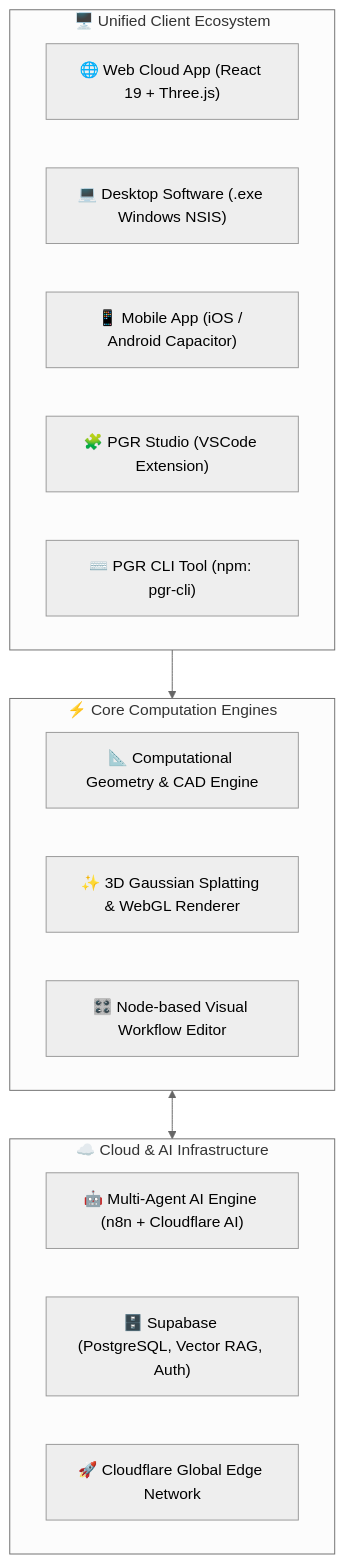
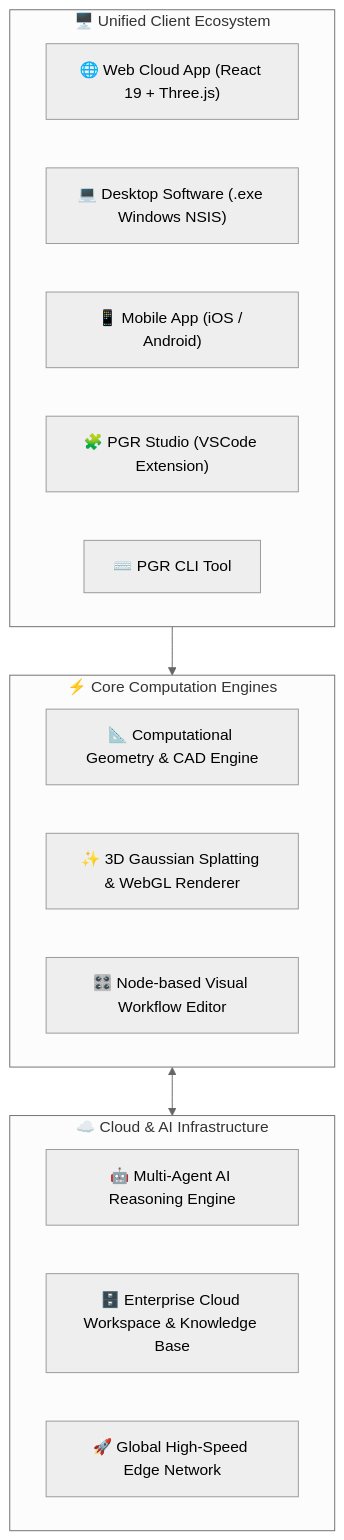
The diagram in README.md (PYGRASSREAL/PyGrassReal-Showcase), drawn with Mermaid (neutral theme) before and after one commit. The commit also changed other lines of this file and 1 other file, not shown here.

Commit message:
security: redact proprietary infrastructure stack and upstream backend engine details

````diff
--- a/README.md
+++ b/README.md
@@ -120,25 +120,25 @@
 ```mermaid
 graph TB
     subgraph Clients["🖥️ Unified Client Ecosystem"]
         Web["🌐 Web Cloud App (React 19 + Three.js)"]
         Desktop["💻 Desktop Software (.exe Windows NSIS)"]
-        Mobile["📱 Mobile App (iOS / Android Capacitor)"]
+        Mobile["📱 Mobile App (iOS / Android)"]
         IDE["🧩 PGR Studio (VSCode Extension)"]
-        CLI["⌨️ PGR CLI Tool (npm: pgr-cli)"]
+        CLI["⌨️ PGR CLI Tool"]
     end
 
     subgraph CoreEngine["⚡ Core Computation Engines"]
         CADCore["📐 Computational Geometry & CAD Engine"]
         SplatViewer["✨ 3D Gaussian Splatting & WebGL Renderer"]
         NodeWorkspace["🎛️ Node-based Visual Workflow Editor"]
     end
 
     subgraph AICloud["☁️ Cloud & AI Infrastructure"]
-        Orchestrator["🤖 Multi-Agent AI Engine (n8n + Cloudflare AI)"]
-        SupaDB["🗄️ Supabase (PostgreSQL, Vector RAG, Auth)"]
-        EdgeWorkers["🚀 Cloudflare Global Edge Network"]
+        Orchestrator["🤖 Multi-Agent AI Reasoning Engine"]
+        CloudStorage["🗄️ Enterprise Cloud Workspace & Knowledge Base"]
+        GlobalEdge["🚀 Global High-Speed Edge Network"]
     end
 
     Clients --> CoreEngine
     CoreEngine <--> AICloud
 ```
````
